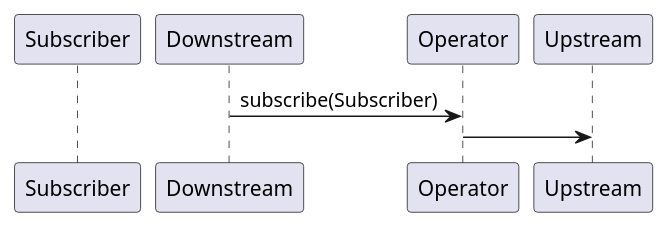
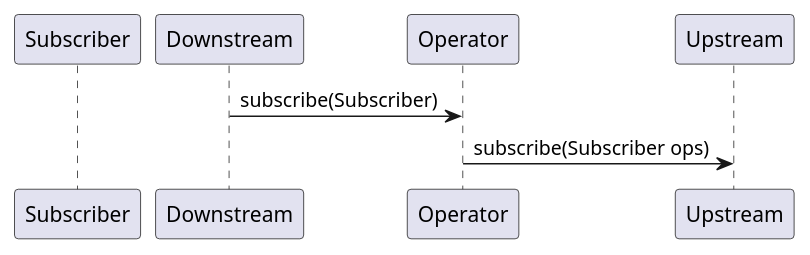
Before and after one commit to yanghoon/obsidian-workspace: the second of 2 diagrams in _diary/2024-06-18.md, drawn with PlantUML.

Commit message:
vault backup: 2024-06-19 00:34:43

````diff
--- a/_diary/2024-06-18.md
+++ b/_diary/2024-06-18.md
@@ -37,13 +37,13 @@
 ```plantuml
 @startuml
 
 participant Subscriber as Sub
 participant Downstream as Down
 participant Operator as Ops
 participant Upstream as Up
 
 Down -> Ops: subscribe(Subscriber)
-Ops -> Up: 
+Ops -> Up: subscribe(Subscriber ops)
 
 @enduml
 ```
````
